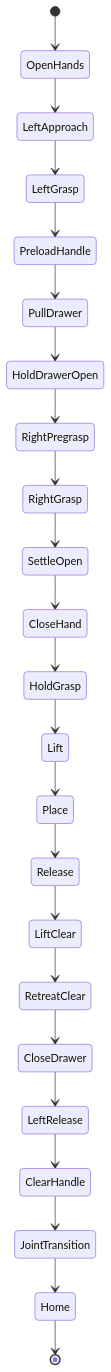
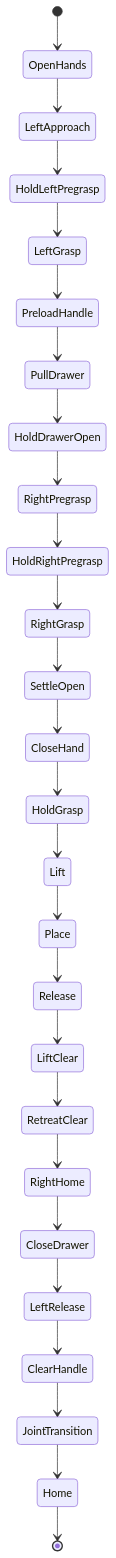
One commit to zhangfuyong888/qirobot_smolVLA changed the first of 12 diagrams in s4_smolvla_isaaclab/docs/course/02_PROJECT_IMPLEMENTATION.md. Above: the diagram before and after it, drawn with Mermaid. The commit also changed other lines of this file and 24 other files, not shown here.

````diff
--- a/s4_smolvla_isaaclab/docs/course/02_PROJECT_IMPLEMENTATION.md
+++ b/s4_smolvla_isaaclab/docs/course/02_PROJECT_IMPLEMENTATION.md
@@ -59,25 +62,28 @@
 ```mermaid
 stateDiagram-v2
     [*] --> OpenHands
     OpenHands --> LeftApproach
-    LeftApproach --> LeftGrasp
+    LeftApproach --> HoldLeftPregrasp
+    HoldLeftPregrasp --> LeftGrasp
     LeftGrasp --> PreloadHandle
     PreloadHandle --> PullDrawer
     PullDrawer --> HoldDrawerOpen
     HoldDrawerOpen --> RightPregrasp
-    RightPregrasp --> RightGrasp
+    RightPregrasp --> HoldRightPregrasp
+    HoldRightPregrasp --> RightGrasp
     RightGrasp --> SettleOpen
     SettleOpen --> CloseHand
     CloseHand --> HoldGrasp
     HoldGrasp --> Lift
     Lift --> Place
     Place --> Release
     Release --> LiftClear
     LiftClear --> RetreatClear
-    RetreatClear --> CloseDrawer
+    RetreatClear --> RightHome
+    RightHome --> CloseDrawer
     CloseDrawer --> LeftRelease
     LeftRelease --> ClearHandle
     ClearHandle --> JointTransition
     JointTransition --> Home
     Home --> [*]
 ```
````
